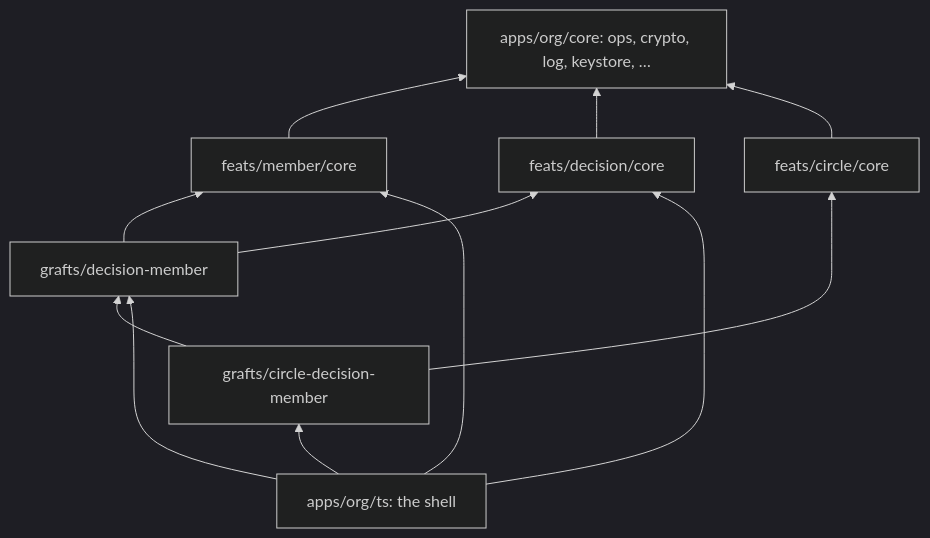
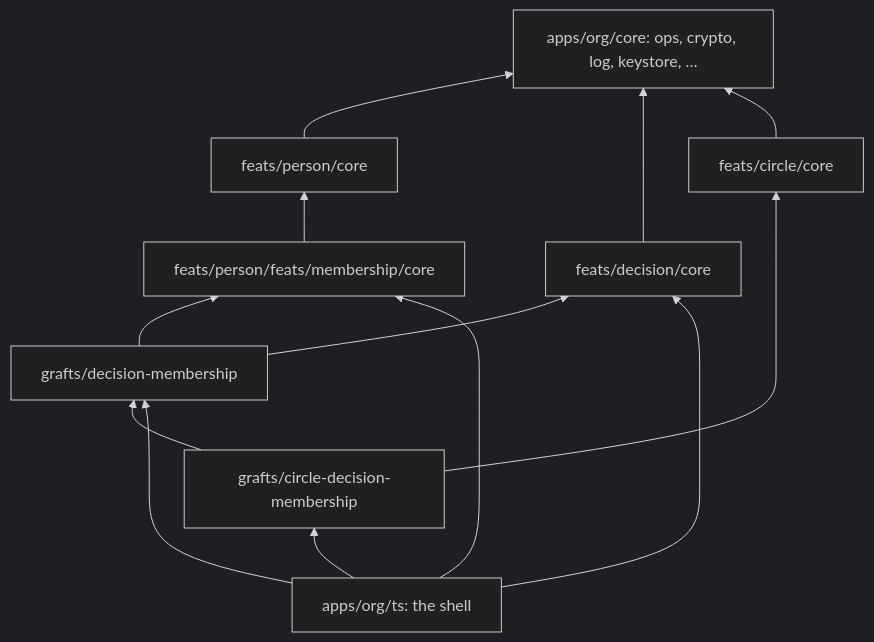
Before and after one commit to cella-coop/cella: the diagram in _corpus/doc/architecture.md, drawn with Mermaid (dark theme). The commit also changed other lines of this file and 5 other files, not shown here.

Commit message:
doc: nesting used for real in architecture, the graft at the lowest node, a child reading its parent; person, membership and employment in the glossary, conflicts, trust and users; org's feats and grafts

````diff
--- a/_corpus/doc/architecture.md
+++ b/_corpus/doc/architecture.md
@@ -17,21 +17,23 @@
 ```mermaid
 flowchart BT
   core["apps/org/core: ops, crypto, log, keystore, …"]
-  member["feats/member/core"]
+  person["feats/person/core"]
+  membership["feats/person/feats/membership/core"]
   decision["feats/decision/core"]
   circle["feats/circle/core"]
-  graft["grafts/decision-member"]
-  three["grafts/circle-decision-member"]
+  graft["grafts/decision-membership"]
+  three["grafts/circle-decision-membership"]
   root["apps/org/ts: the shell"]
-  member --> core
+  person --> core
+  membership --> person
   decision --> core
   circle --> core
-  graft --> member
+  graft --> membership
   graft --> decision
   three --> graft
   three --> circle
   root --> three
   root --> graft
-  root --> member
+  root --> membership
   root --> decision
 ```
````
